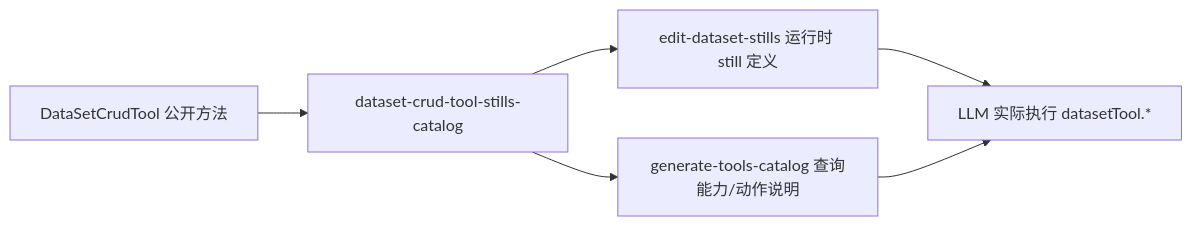
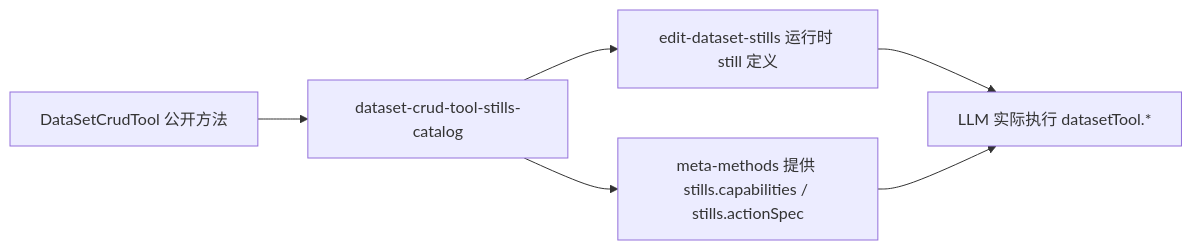
The third of 3 diagrams in docs/ai/architecture/DEVSYSTEM_DATASET_TOOL_SSOT.md (LMSpark/spark-view-vue), drawn with Mermaid before and after one commit. The commit also changed other lines of this file and 55 other files, not shown here.

````diff
--- a/docs/ai/architecture/DEVSYSTEM_DATASET_TOOL_SSOT.md
+++ b/docs/ai/architecture/DEVSYSTEM_DATASET_TOOL_SSOT.md
@@ -184,8 +184,8 @@
 ```mermaid
 flowchart LR
     A[DataSetCrudTool 公开方法] --> B[dataset-crud-tool-stills-catalog]
     B --> C[edit-dataset-stills 运行时 still 定义]
-    B --> D[generate-tools-catalog 查询能力/动作说明]
+  B --> D[meta-methods 提供 stills.capabilities / stills.actionSpec]
     C --> E[LLM 实际执行 datasetTool.*]
     D --> E
 ```
````
